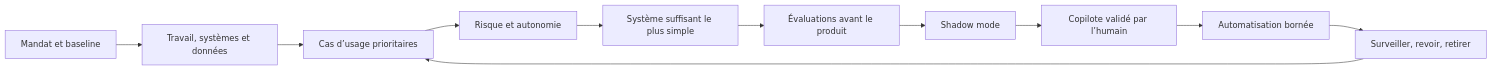
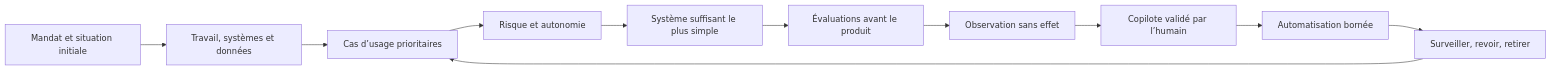
The diagram in README.fr.md (Musyg/ai-adoption-playbook), drawn with Mermaid before and after one commit. The commit also changed other lines of this file and 14 other files, not shown here.

````diff
--- a/README.fr.md
+++ b/README.fr.md
@@ -80,13 +91,13 @@
 ```mermaid
 flowchart LR
-    A["Mandat et baseline"] --> B["Travail, systèmes et données"]
+    A["Mandat et situation initiale"] --> B["Travail, systèmes et données"]
     B --> C["Cas d’usage prioritaires"]
     C --> D["Risque et autonomie"]
     D --> E["Système suffisant le plus simple"]
     E --> F["Évaluations avant le produit"]
-    F --> G["Shadow mode"]
+    F --> G["Observation sans effet"]
     G --> H["Copilote validé par l’humain"]
     H --> I["Automatisation bornée"]
     I --> J["Surveiller, revoir, retirer"]
     J --> C
 ```
````
